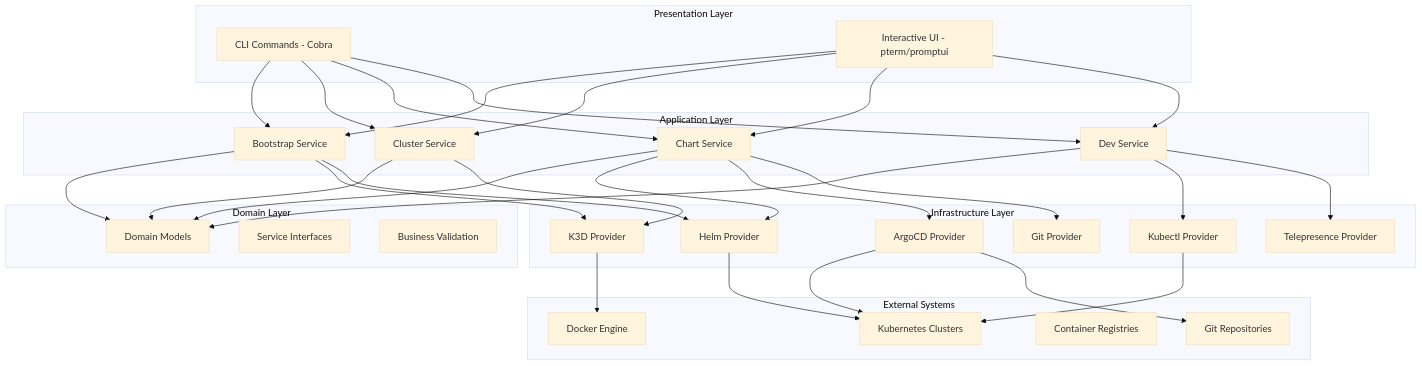
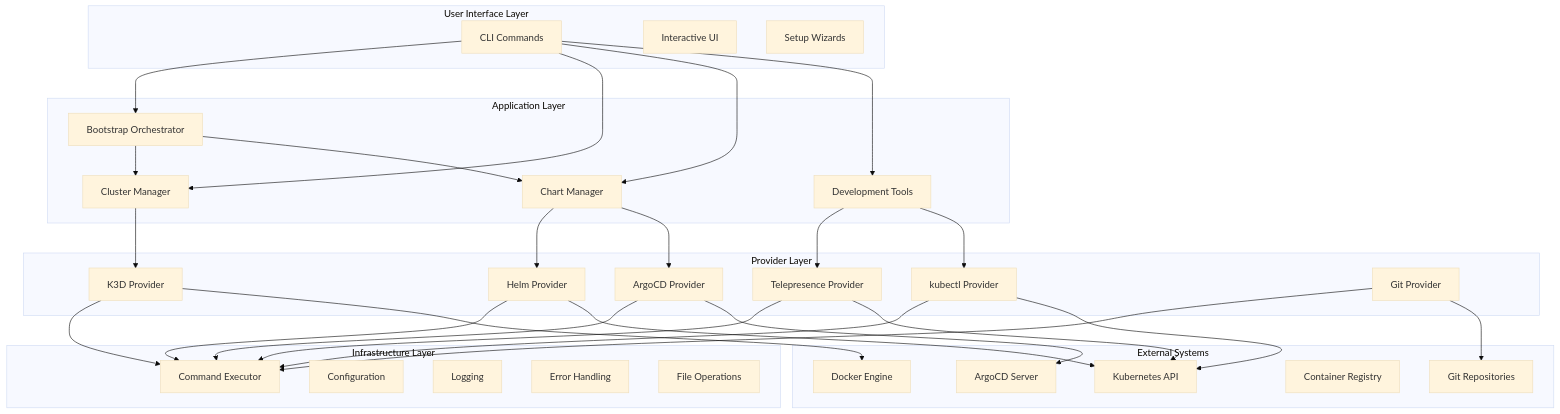
The first of 8 diagrams in docs/development/architecture/README.md (Praesto-Pro/openframe-cli), drawn with Mermaid (base theme) before and after one commit. The commit also changed other lines of this file and 19 other files, not shown here.

````diff
--- a/docs/development/architecture/README.md
+++ b/docs/development/architecture/README.md
@@ -11,65 +9,67 @@
 ```mermaid
 graph TB
-    subgraph "Presentation Layer"
-        CLI[CLI Commands - Cobra]
-        UI[Interactive UI - pterm/promptui]
+    subgraph "User Interface Layer"
+        CLI[CLI Commands]
+        UI[Interactive UI]
+        Wizard[Setup Wizards]
     end
     
     subgraph "Application Layer"
-        Bootstrap[Bootstrap Service]
-        Cluster[Cluster Service]
-        Chart[Chart Service]
-        Dev[Dev Service]
+        Bootstrap[Bootstrap Orchestrator]
+        ClusterMgr[Cluster Manager]
+        ChartMgr[Chart Manager]
+        DevTools[Development Tools]
     end
     
-    subgraph "Domain Layer"
-        Models[Domain Models]
-        Interfaces[Service Interfaces]
-        Validation[Business Validation]
+    subgraph "Provider Layer"
+        K3DProvider[K3D Provider]
+        HelmProvider[Helm Provider]
+        ArgoCDProvider[ArgoCD Provider]
+        TelepresenceProvider[Telepresence Provider]
+        KubectlProvider[kubectl Provider]
+        GitProvider[Git Provider]
     end
     
     subgraph "Infrastructure Layer"
-        K3D[K3D Provider]
-        Helm[Helm Provider]
-        ArgoCD[ArgoCD Provider]
-        Kubectl[Kubectl Provider]
-        Git[Git Provider]
-        Telepresence[Telepresence Provider]
+        Executor[Command Executor]
+        Config[Configuration]
+        Logger[Logging]
+        ErrorHandler[Error Handling]
+        FileSystem[File Operations]
     end
     
     subgraph "External Systems"
         Docker[Docker Engine]
-        K8s[Kubernetes Clusters]
-        Registry[Container Registries]
-        GitHub[Git Repositories]
+        K8s[Kubernetes API]
+        Git[Git Repositories]
+        Registry[Container Registry]
+        ArgoCD[ArgoCD Server]
     end
     
     CLI --> Bootstrap
-    CLI --> Cluster
-    CLI --> Chart  
-    CLI --> Dev
-    UI --> Bootstrap
-    UI --> Cluster
-    UI --> Chart
-    UI --> Dev
+    CLI --> ClusterMgr
+    CLI --> ChartMgr
+    CLI --> DevTools
     
-    Bootstrap --> Models
-    Cluster --> Models
-    Chart --> Models
-    Dev --> Models
+    Bootstrap --> ClusterMgr
+    Bootstrap --> ChartMgr
+    ClusterMgr --> K3DProvider
+    ChartMgr --> HelmProvider
+    ChartMgr --> ArgoCDProvider
+    DevTools --> TelepresenceProvider
+    DevTools --> KubectlProvider
     
-    Bootstrap --> K3D
-    Bootstrap --> Helm
-    Cluster --> K3D
-    Chart --> Helm
-    Chart --> ArgoCD
-    Chart --> Git
-    Dev --> Kubectl
-    Dev --> Telepresence
+    K3DProvider --> Executor
+    HelmProvider --> Executor
+    ArgoCDProvider --> Executor
+    TelepresenceProvider --> Executor
+    KubectlProvider --> Executor
+    GitProvider --> Executor
     
-    K3D --> Docker
-    Helm --> K8s
-    ArgoCD --> K8s
-    ArgoCD --> GitHub
-    Kubectl --> K8s
+    K3DProvider --> Docker
+    HelmProvider --> K8s
+    ArgoCDProvider --> ArgoCD
+    TelepresenceProvider --> K8s
+    KubectlProvider --> K8s
+    GitProvider --> Git
 ```
````
